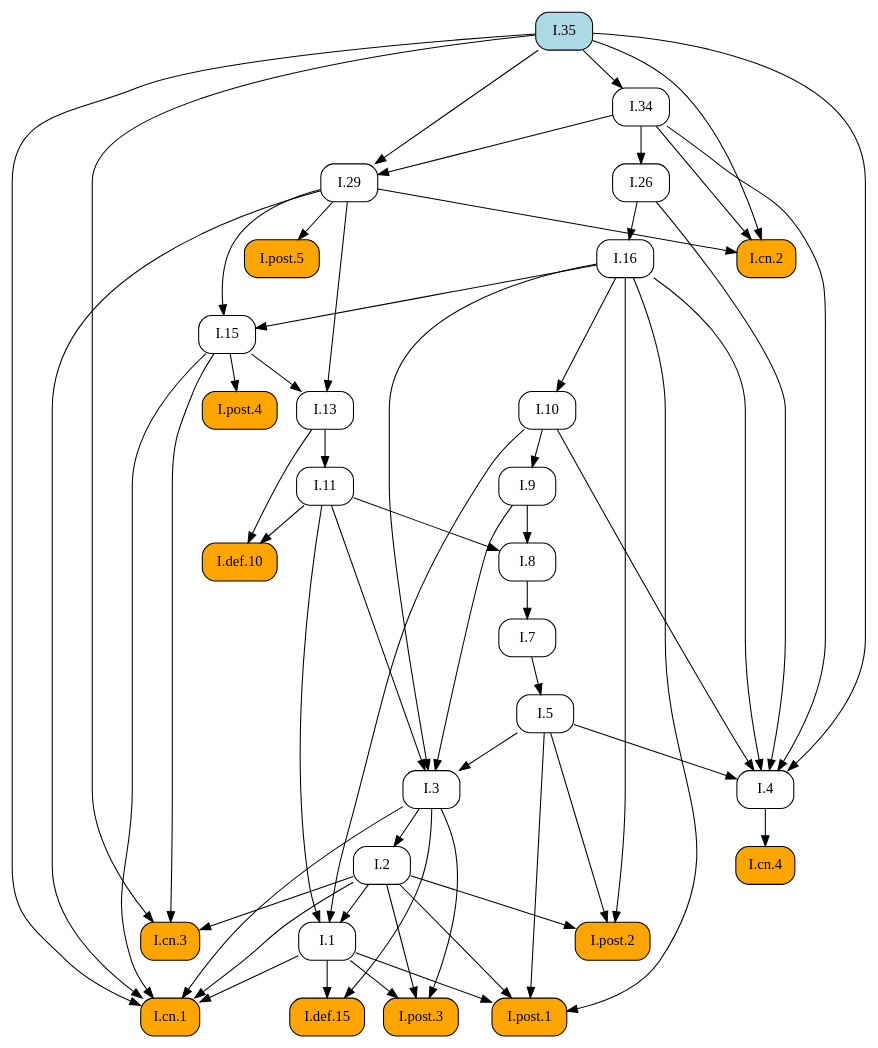
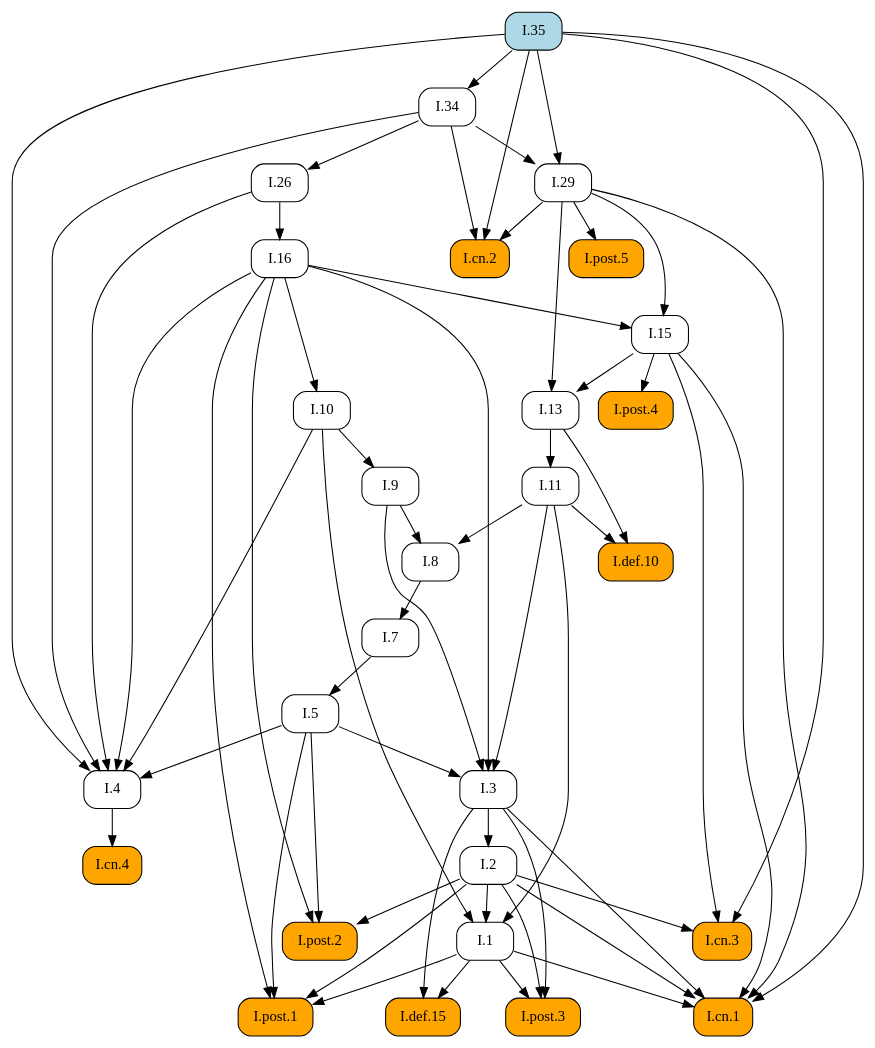
Before and after one commit to geometor/elements: the diagram in docsrc/heath/I/35/index.rst, drawn with Graphviz. The commit also changed other lines of this file and 1029 other files, not shown here.

```diff
--- a/docsrc/heath/I/35/index.rst
+++ b/docsrc/heath/I/35/index.rst
@@ -66,91 +66,91 @@
    digraph {
      rankdir="TB";
      node [shape=box, style=rounded];
-     "I.13" [URL="/heath/I/13/", target="_top"];
-     "I.cn.3" [style="rounded,filled", fillcolor=orange, URL="/heath/I/cn.3/", target="_top"];
-     "I.cn.2" [style="rounded,filled", fillcolor=orange, URL="/heath/I/cn.2/", target="_top"];
-     "I.5" [URL="/heath/I/5/", target="_top"];
+     "I.def.10" [style="rounded,filled", fillcolor=orange, URL="/heath/I/def.10/", target="_top"];
      "I.11" [URL="/heath/I/11/", target="_top"];
-     "I.29" [URL="/heath/I/29/", target="_top"];
-     "I.7" [URL="/heath/I/7/", target="_top"];
-     "I.10" [URL="/heath/I/10/", target="_top"];
-     "I.4" [URL="/heath/I/4/", target="_top"];
-     "I.3" [URL="/heath/I/3/", target="_top"];
-     "I.16" [URL="/heath/I/16/", target="_top"];
-     "I.34" [URL="/heath/I/34/", target="_top"];
-     "I.8" [URL="/heath/I/8/", target="_top"];
-     "I.9" [URL="/heath/I/9/", target="_top"];
-     "I.def.10" [style="rounded,filled", fillcolor=orange, URL="/heath/I/def.10/", target="_top"];
      "I.post.4" [style="rounded,filled", fillcolor=orange, URL="/heath/I/post.4/", target="_top"];
-     "I.post.2" [style="rounded,filled", fillcolor=orange, URL="/heath/I/post.2/", target="_top"];
-     "I.2" [URL="/heath/I/2/", target="_top"];
-     "I.def.15" [style="rounded,filled", fillcolor=orange, URL="/heath/I/def.15/", target="_top"];
      "I.1" [URL="/heath/I/1/", target="_top"];
-     "I.post.3" [style="rounded,filled", fillcolor=orange, URL="/heath/I/post.3/", target="_top"];
-     "I.post.1" [style="rounded,filled", fillcolor=orange, URL="/heath/I/post.1/", target="_top"];
-     "I.post.5" [style="rounded,filled", fillcolor=orange, URL="/heath/I/post.5/", target="_top"];
-     "I.cn.4" [style="rounded,filled", fillcolor=orange, URL="/heath/I/cn.4/", target="_top"];
      "I.35" [style="rounded,filled", fillcolor=lightblue, URL="/heath/I/35/", target="_top"];
      "I.26" [URL="/heath/I/26/", target="_top"];
+     "I.7" [URL="/heath/I/7/", target="_top"];
+     "I.34" [URL="/heath/I/34/", target="_top"];
+     "I.3" [URL="/heath/I/3/", target="_top"];
+     "I.2" [URL="/heath/I/2/", target="_top"];
+     "I.4" [URL="/heath/I/4/", target="_top"];
+     "I.29" [URL="/heath/I/29/", target="_top"];
+     "I.13" [URL="/heath/I/13/", target="_top"];
+     "I.cn.2" [style="rounded,filled", fillcolor=orange, URL="/heath/I/cn.2/", target="_top"];
+     "I.post.2" [style="rounded,filled", fillcolor=orange, URL="/heath/I/post.2/", target="_top"];
+     "I.16" [URL="/heath/I/16/", target="_top"];
+     "I.def.15" [style="rounded,filled", fillcolor=orange, URL="/heath/I/def.15/", target="_top"];
+     "I.9" [URL="/heath/I/9/", target="_top"];
+     "I.post.3" [style="rounded,filled", fillcolor=orange, URL="/heath/I/post.3/", target="_top"];
+     "I.cn.1" [style="rounded,filled", fillcolor=orange, URL="/heath/I/cn.1/", target="_top"];
+     "I.cn.3" [style="rounded,filled", fillcolor=orange, URL="/heath/I/cn.3/", target="_top"];
+     "I.8" [URL="/heath/I/8/", target="_top"];
+     "I.cn.4" [style="rounded,filled", fillcolor=orange, URL="/heath/I/cn.4/", target="_top"];
      "I.15" [URL="/heath/I/15/", target="_top"];
-     "I.cn.1" [style="rounded,filled", fillcolor=orange, URL="/heath/I/cn.1/", target="_top"];
-     "I.15" -> "I.13";
-     "I.29" -> "I.13";
-     "I.2" -> "I.cn.3";
-     "I.15" -> "I.cn.3";
-     "I.35" -> "I.cn.3";
-     "I.29" -> "I.cn.2";
-     "I.34" -> "I.cn.2";
-     "I.35" -> "I.cn.2";
-     "I.7" -> "I.5";
+     "I.post.5" [style="rounded,filled", fillcolor=orange, URL="/heath/I/post.5/", target="_top"];
+     "I.post.1" [style="rounded,filled", fillcolor=orange, URL="/heath/I/post.1/", target="_top"];
+     "I.10" [URL="/heath/I/10/", target="_top"];
+     "I.5" [URL="/heath/I/5/", target="_top"];
+     "I.11" -> "I.def.10";
+     "I.13" -> "I.def.10";
      "I.13" -> "I.11";
-     "I.34" -> "I.29";
-     "I.35" -> "I.29";
+     "I.15" -> "I.post.4";
+     "I.2" -> "I.1";
+     "I.10" -> "I.1";
+     "I.11" -> "I.1";
+     "I.34" -> "I.26";
      "I.8" -> "I.7";
-     "I.16" -> "I.10";
+     "I.35" -> "I.34";
+     "I.5" -> "I.3";
+     "I.9" -> "I.3";
+     "I.11" -> "I.3";
+     "I.16" -> "I.3";
+     "I.3" -> "I.2";
      "I.5" -> "I.4";
      "I.10" -> "I.4";
      "I.16" -> "I.4";
      "I.26" -> "I.4";
      "I.34" -> "I.4";
      "I.35" -> "I.4";
-     "I.5" -> "I.3";
-     "I.9" -> "I.3";
-     "I.11" -> "I.3";
-     "I.16" -> "I.3";
-     "I.26" -> "I.16";
-     "I.35" -> "I.34";
-     "I.9" -> "I.8";
-     "I.11" -> "I.8";
-     "I.10" -> "I.9";
-     "I.11" -> "I.def.10";
-     "I.13" -> "I.def.10";
-     "I.15" -> "I.post.4";
+     "I.34" -> "I.29";
+     "I.35" -> "I.29";
+     "I.15" -> "I.13";
+     "I.29" -> "I.13";
+     "I.29" -> "I.cn.2";
+     "I.34" -> "I.cn.2";
+     "I.35" -> "I.cn.2";
      "I.2" -> "I.post.2";
      "I.5" -> "I.post.2";
      "I.16" -> "I.post.2";
-     "I.3" -> "I.2";
+     "I.26" -> "I.16";
      "I.1" -> "I.def.15";
      "I.3" -> "I.def.15";
-     "I.2" -> "I.1";
-     "I.10" -> "I.1";
-     "I.11" -> "I.1";
+     "I.10" -> "I.9";
      "I.1" -> "I.post.3";
      "I.2" -> "I.post.3";
      "I.3" -> "I.post.3";
-     "I.1" -> "I.post.1";
-     "I.2" -> "I.post.1";
-     "I.5" -> "I.post.1";
-     "I.16" -> "I.post.1";
-     "I.29" -> "I.post.5";
-     "I.4" -> "I.cn.4";
-     "I.34" -> "I.26";
-     "I.16" -> "I.15";
-     "I.29" -> "I.15";
      "I.1" -> "I.cn.1";
      "I.2" -> "I.cn.1";
      "I.3" -> "I.cn.1";
      "I.15" -> "I.cn.1";
      "I.29" -> "I.cn.1";
      "I.35" -> "I.cn.1";
+     "I.2" -> "I.cn.3";
+     "I.15" -> "I.cn.3";
+     "I.35" -> "I.cn.3";
+     "I.9" -> "I.8";
+     "I.11" -> "I.8";
+     "I.4" -> "I.cn.4";
+     "I.16" -> "I.15";
+     "I.29" -> "I.15";
+     "I.29" -> "I.post.5";
+     "I.1" -> "I.post.1";
+     "I.2" -> "I.post.1";
+     "I.5" -> "I.post.1";
+     "I.16" -> "I.post.1";
+     "I.16" -> "I.10";
+     "I.7" -> "I.5";
    }
```
